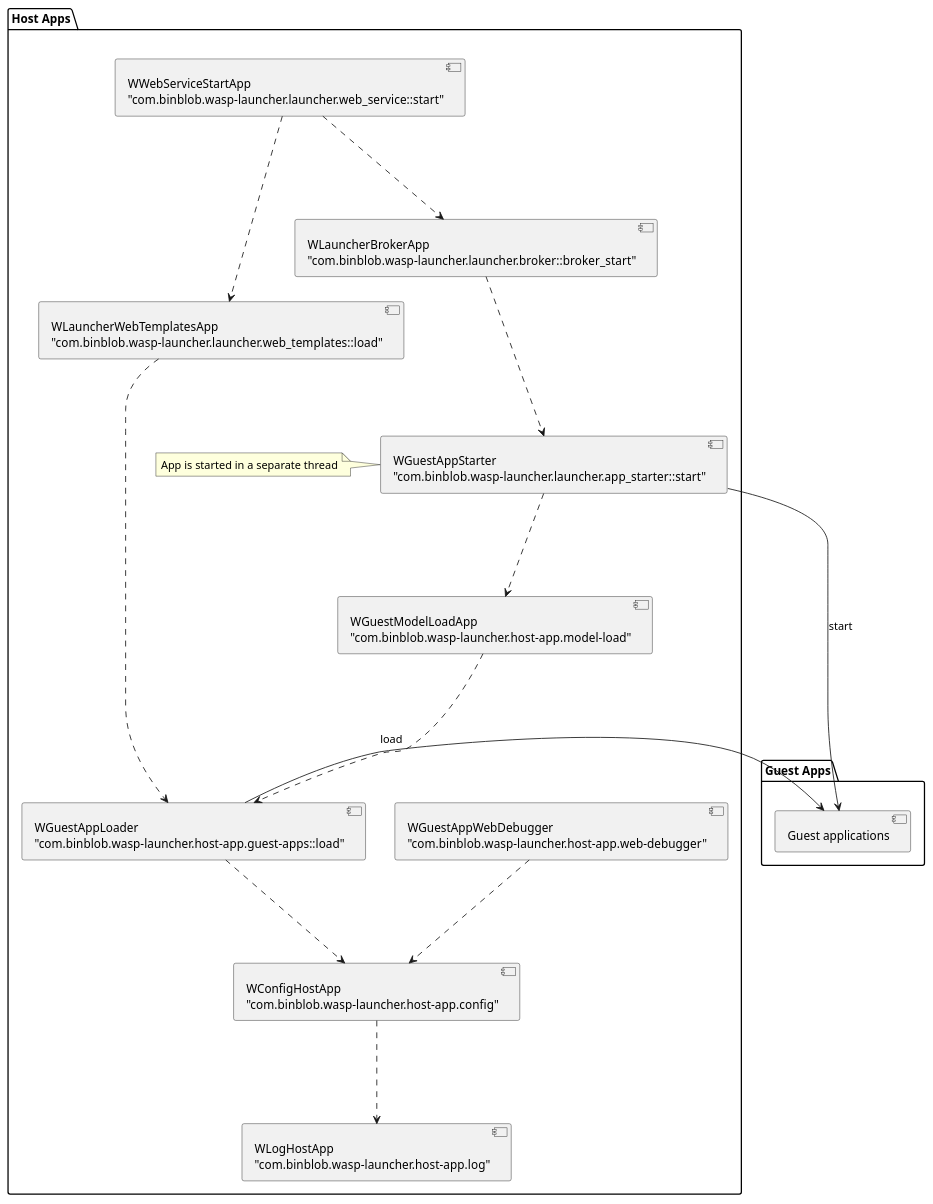
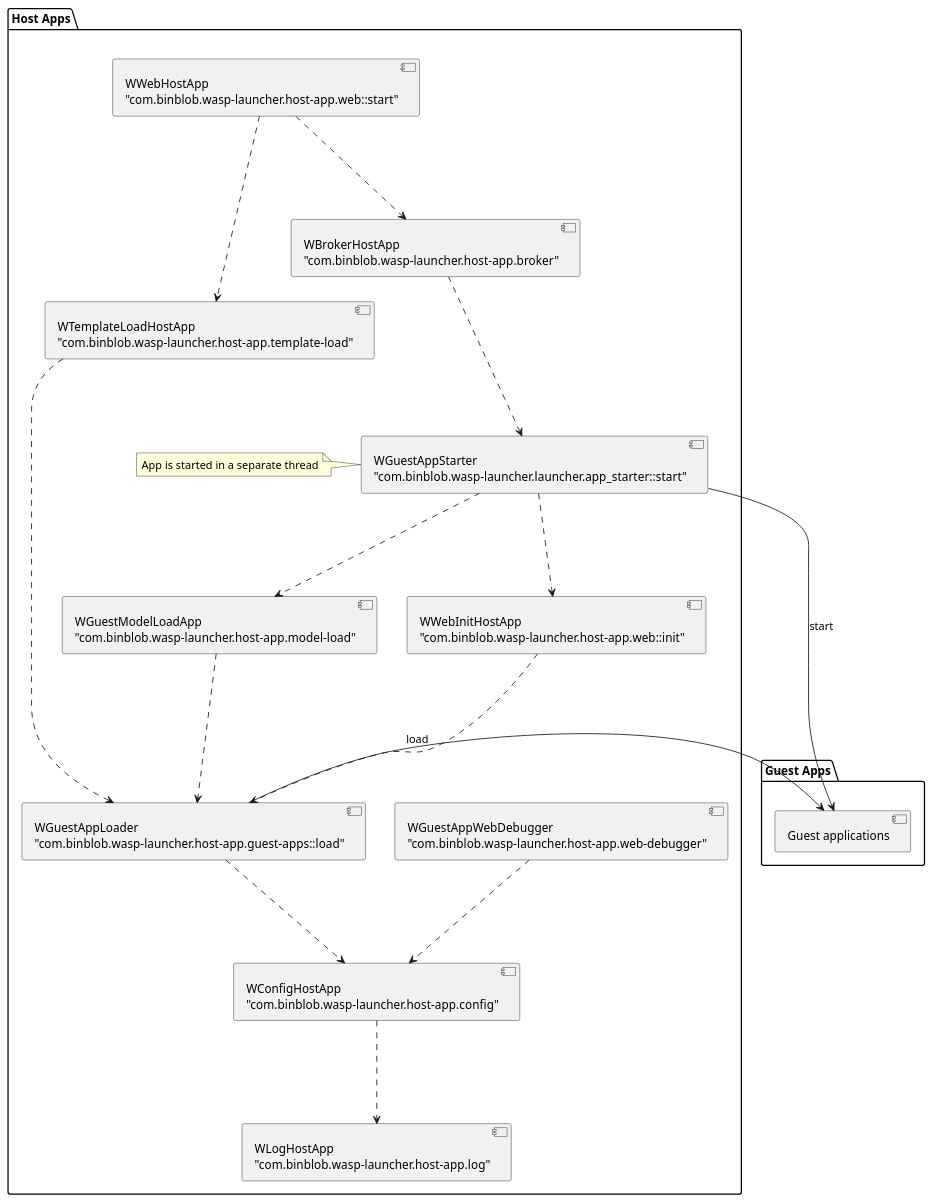
Before and after one commit to a1ezzz/wasp-launcher: the diagram in docs/sphinx/apps.puml, drawn with PlantUML. The commit also changed 5 other files, not shown here.

```diff
--- a/docs/sphinx/apps.puml
+++ b/docs/sphinx/apps.puml
@@ -1,74 +1,81 @@
 @startuml
 
 package "Host Apps" {
 component log [
 WLogHostApp
 "com.binblob.wasp-launcher.host-app.log"
 ]
 
 component config [
 WConfigHostApp
 "com.binblob.wasp-launcher.host-app.config"
 ]
 
 component loader [
 WGuestAppLoader
 "com.binblob.wasp-launcher.host-app.guest-apps::load"
 ]
 
 component model [
 WGuestModelLoadApp
 "com.binblob.wasp-launcher.host-app.model-load"
 ]
 
+component web_init [
+WWebInitHostApp
+"com.binblob.wasp-launcher.host-app.web::init"
+]
+
 component starter [
 WGuestAppStarter
 "com.binblob.wasp-launcher.launcher.app_starter::start"
 ]
 
 note left of starter
 App is started in a separate thread
 end note
 
 component template [
-WLauncherWebTemplatesApp
-"com.binblob.wasp-launcher.launcher.web_templates::load"
+WTemplateLoadHostApp
+"com.binblob.wasp-launcher.host-app.template-load"
 ]
 
 component debugger [
 WGuestAppWebDebugger
 "com.binblob.wasp-launcher.host-app.web-debugger"
 ]
 
 component broker [
-WLauncherBrokerApp
-"com.binblob.wasp-launcher.launcher.broker::broker_start"
+WBrokerHostApp
+"com.binblob.wasp-launcher.host-app.broker"
 ]
 
 component web_host [
-WWebServiceStartApp
-"com.binblob.wasp-launcher.launcher.web_service::start"
+WWebHostApp
+"com.binblob.wasp-launcher.host-app.web::start"
 ]
 
 config .-down-> log
 loader .-down-> config
 model .-down-> loader
 template .-down-> loader
+web_init .-down-> loader
+starter .-down-> web_init
 starter .-down-> model
 broker .-down-> starter
 web_host .-down-> broker
 web_host .-down-> template
 debugger .-down-> config
 
 }
 
 package "Guest Apps" {
 component guest_apps [
 	Guest applications
 ]
 
 loader -> guest_apps: load
 starter -> guest_apps: start
 }
 
 @enduml
```
